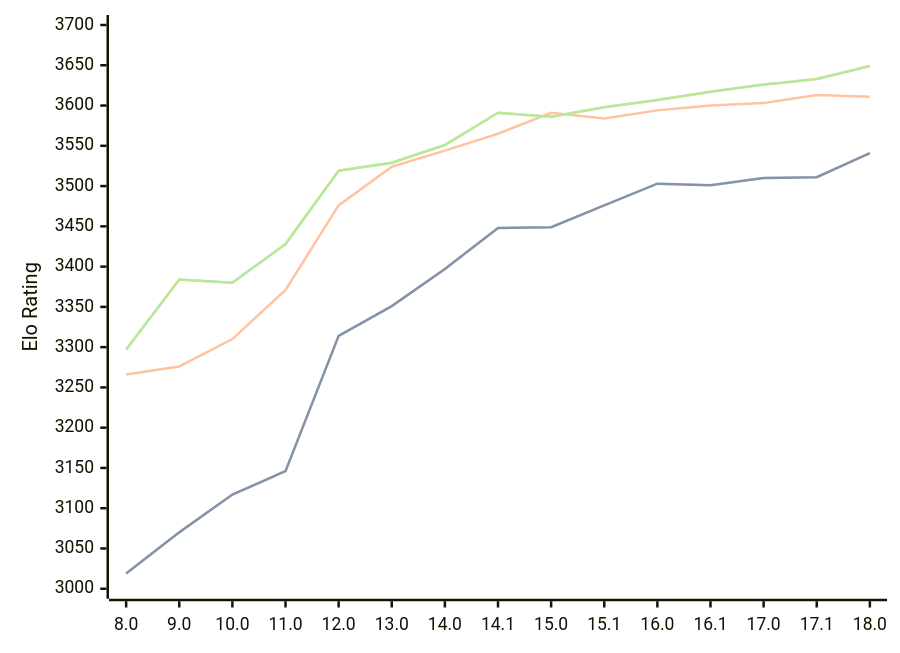
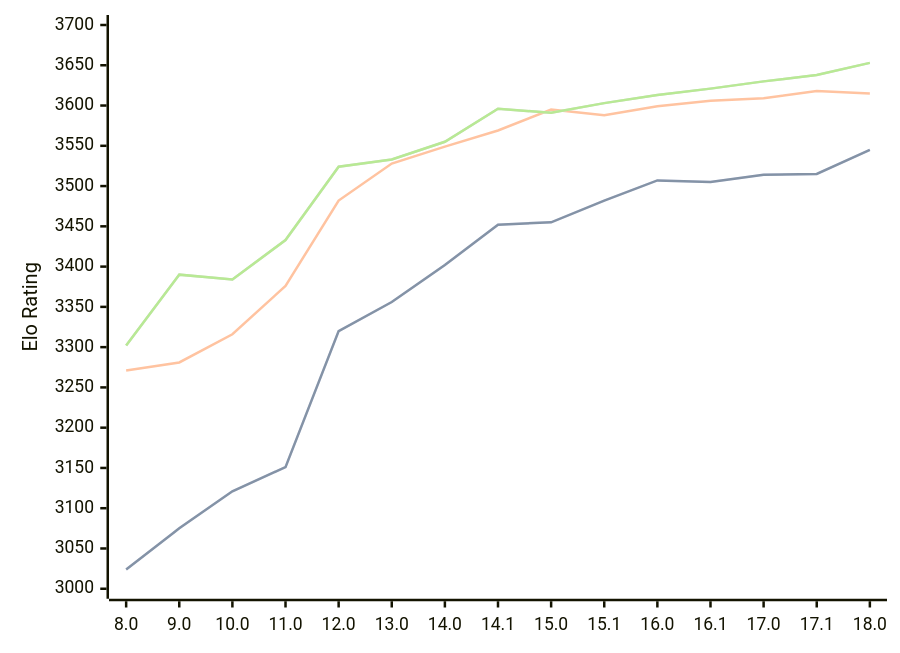
The diagram in engines/Stockfish.md (computer-chess-index/cci), drawn with Mermaid before and after one commit. The commit also changed other lines of this file, not shown here.

Commit message:
Update CCI Ratings (ELO VLTC) - 2026-04-14

````diff
--- a/engines/Stockfish.md
+++ b/engines/Stockfish.md
@@ -46,11 +46,11 @@
 ```mermaid
 %%{init: {"theme":"base","themeVariables":{"seriesColors:['#a3a3a3','#222221','#faa371']}}}%%
 xychart-beta
   x-axis ["8.0", "9.0", "10.0", "11.0", "12.0", "13.0", "14.0", "14.1", "15.0", "15.1", "16.0", "16.1", "17.0", "17.1", "18.0"]
   y-axis "Elo Rating" 3000 --> 3700
-  line "STC (8.0+0.08s)" [3019, 3070, 3117, 3146, 3314, 3351, 3397, 3448, 3449, 3476, 3503, 3501, 3510, 3511, 3541]
-  line "STC (8.0+0.08s)" [3019, 3070, 3117, 3146, 3314, 3351, 3397, 3448, 3449, 3476, 3503, 3501, 3510, 3511, 3541]
-  line "LTC (60.0+0.60s)" [3266, 3276, 3310, 3371, 3476, 3524, 3544, 3565, 3591, 3584, 3594, 3600, 3603, 3613, 3611]
-  line "VLTC (2m24s+1.12s)" [3297, 3384, 3380, 3428, 3519, 3529, 3551, 3591, 3586, 3598, 3607, 3617, 3626, 3633, 3649]
-  line "VLTC (2m24s+1.12s)" [3297, 3384, 3380, 3428, 3519, 3529, 3551, 3591, 3586, 3598, 3607, 3617, 3626, 3633, 3649]
+  line "STC (8.0+0.08s)" [3024, 3075, 3121, 3151, 3320, 3356, 3402, 3452, 3455, 3482, 3507, 3505, 3514, 3515, 3545]
+  line "STC (8.0+0.08s)" [3024, 3075, 3121, 3151, 3320, 3356, 3402, 3452, 3455, 3482, 3507, 3505, 3514, 3515, 3545]
+  line "LTC (60.0+0.60s)" [3271, 3281, 3316, 3376, 3482, 3528, 3549, 3569, 3595, 3588, 3599, 3606, 3609, 3618, 3615]
+  line "VLTC (2m24s+1.12s)" [3302, 3390, 3384, 3433, 3524, 3533, 3555, 3596, 3591, 3603, 3613, 3621, 3630, 3638, 3653]
+  line "VLTC (2m24s+1.12s)" [3302, 3390, 3384, 3433, 3524, 3533, 3555, 3596, 3591, 3603, 3613, 3621, 3630, 3638, 3653]
 ```
````
